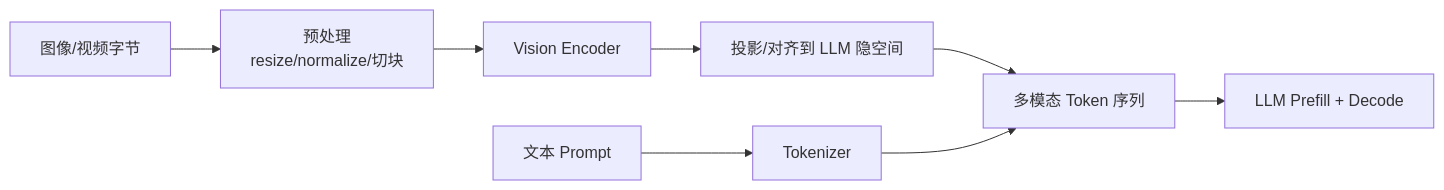
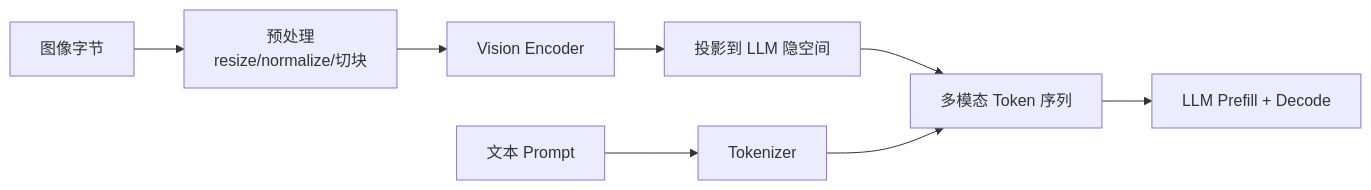
One commit to tqm6666/AIInfraGuide changed the diagram in docs/guides/模块四-推理优化/第8章-生产级服务特性/8.4-多模态推理VLM.md. Above: the diagram before and after it, drawn with Mermaid. The commit also changed other lines of this file and 5 other files, not shown here.

````diff
--- a/docs/guides/模块四-推理优化/第8章-生产级服务特性/8.4-多模态推理VLM.md
+++ b/docs/guides/模块四-推理优化/第8章-生产级服务特性/8.4-多模态推理VLM.md
@@ -34,10 +44,10 @@
 ```mermaid
 flowchart LR
-    A["图像/视频字节"] --> B["预处理<br/>resize/normalize/切块"]
+    A["图像字节"] --> B["预处理<br/>resize/normalize/切块"]
     B --> C["Vision Encoder"]
-    C --> D["投影/对齐到 LLM 隐空间"]
+    C --> D["投影到 LLM 隐空间"]
     E["文本 Prompt"] --> F["Tokenizer"]
     D --> G["多模态 Token 序列"]
     F --> G
     G --> H["LLM Prefill + Decode"]
 ```
````
